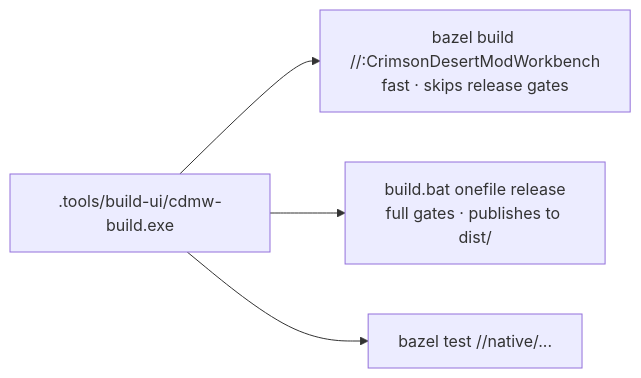
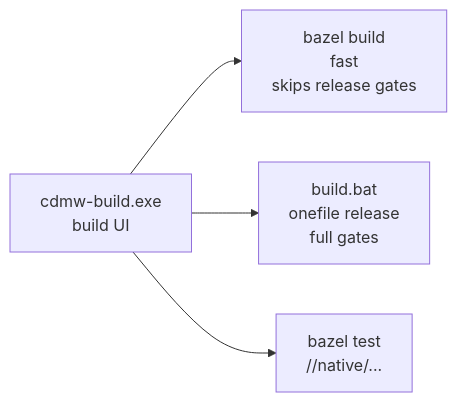
One commit to Ratty123/CDMW-Full changed the fourth of 4 diagrams in README.md. Above: the diagram before and after it, drawn with Mermaid. The commit also changed other lines of this file and 1 other file, not shown here.

First line of the commit message:
Make the README diagrams readable, and drop the em dashes

````diff
--- a/README.md
+++ b/README.md
@@ -283,10 +288,10 @@
 ```mermaid
 flowchart LR
-    UIB[".tools/build-ui/cdmw-build.exe"]
-    BZL["bazel build //:CrimsonDesertModWorkbench<br/>fast · skips release gates"]
-    REL["build.bat onefile release<br/>full gates · publishes to dist/"]
-    NATIVE_T["bazel test //native/..."]
+    UIB["cdmw-build.exe<br/>build UI"]
+    BZL["bazel build<br/>fast<br/>skips release gates"]
+    REL["build.bat<br/>onefile release<br/>full gates"]
+    NATIVE_T["bazel test<br/>//native/..."]
     UIB --> BZL
     UIB --> REL
     UIB --> NATIVE_T
 ```
````
